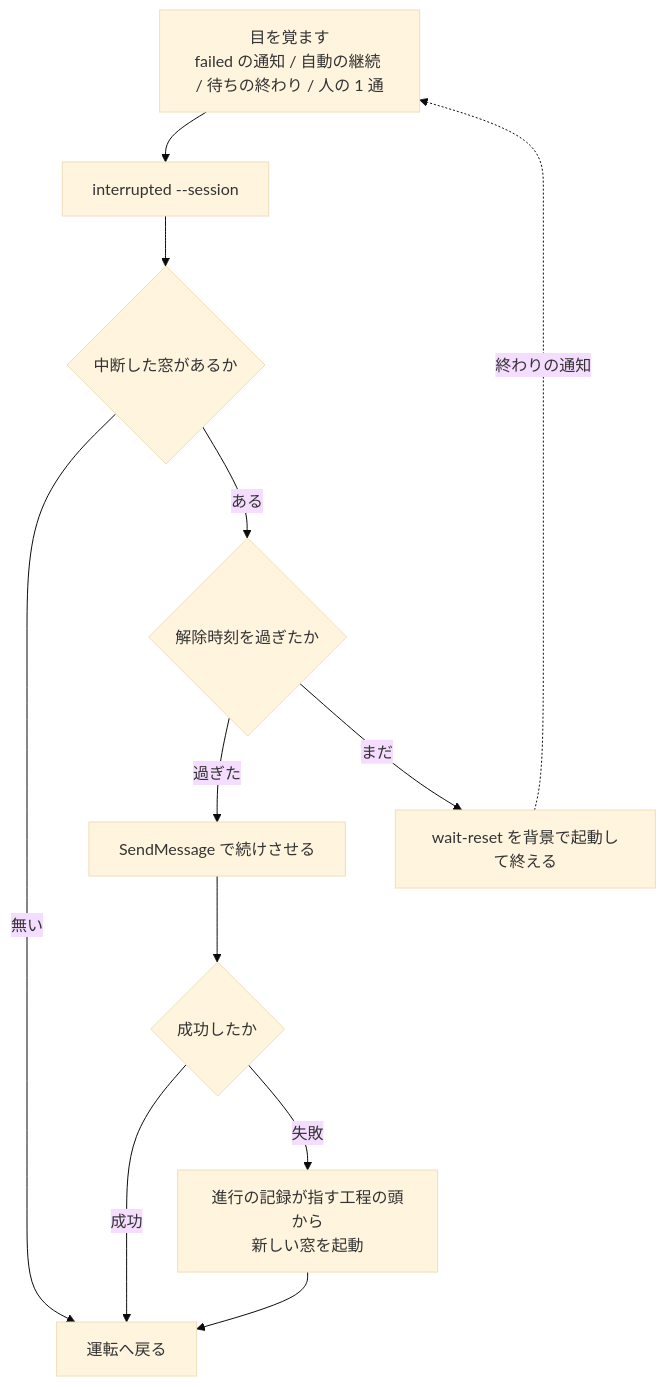
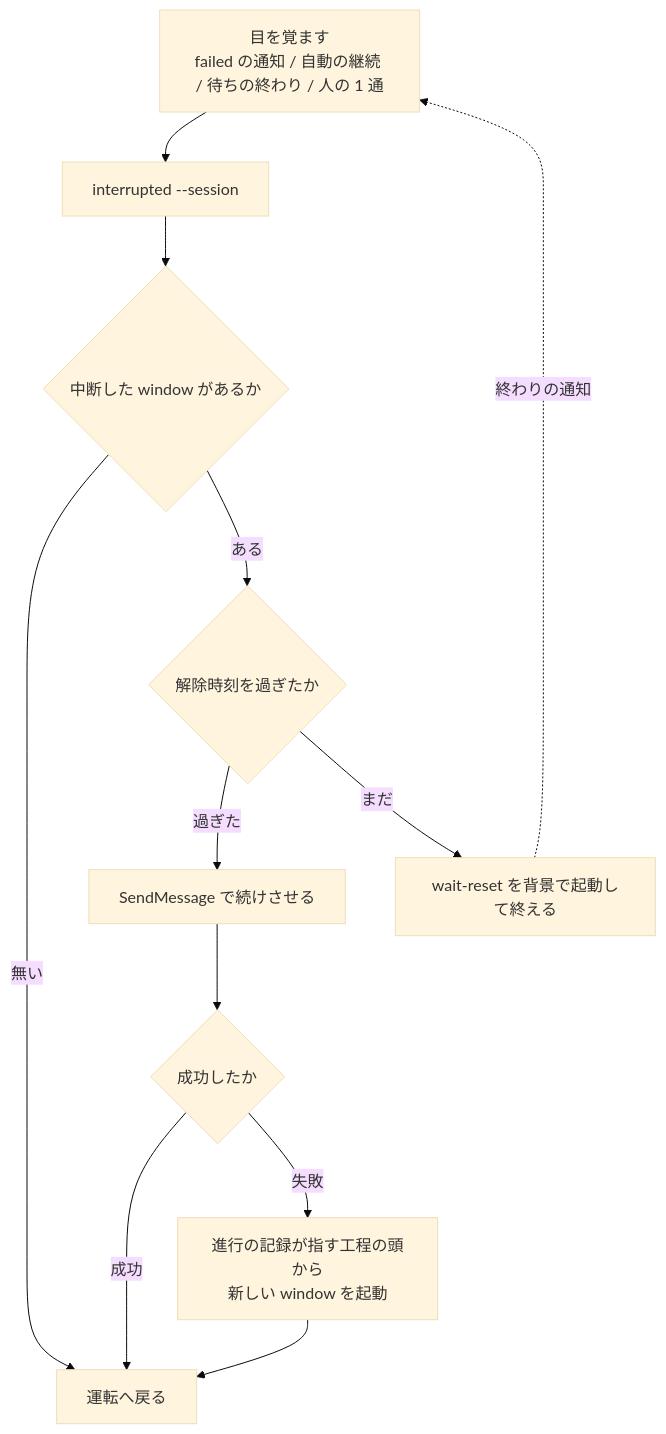
One commit to devbasex/ai-plugins changed the sixth of 6 diagrams in issues/issue-550-657-design.md. Above: the diagram before and after it, drawn with Mermaid (base theme). The commit also changed other lines of this file and 2 other files, not shown here.

First line of the commit message:
Docs: 用語を「窓」から window へ置き換える（#550 #657）

````diff
--- a/issues/issue-550-657-design.md
+++ b/issues/issue-550-657-design.md
@@ -344,14 +345,14 @@
 ```mermaid
 flowchart TD
     A[目を覚ます<br/>failed の通知 / 自動の継続 / 待ちの終わり / 人の 1 通] --> B[interrupted --session]
-    B --> C{中断した窓があるか}
+    B --> C{中断した window があるか}
     C -->|無い| Z[運転へ戻る]
     C -->|ある| D{解除時刻を過ぎたか}
     D -->|過ぎた| E[SendMessage で続けさせる]
     D -->|まだ| F[wait-reset を背景で起動して終える]
     E --> G{成功したか}
     G -->|成功| Z
-    G -->|失敗| H[進行の記録が指す工程の頭から<br/>新しい窓を起動]
+    G -->|失敗| H[進行の記録が指す工程の頭から<br/>新しい window を起動]
     H --> Z
     F -.終わりの通知.-> A
 ```
````
